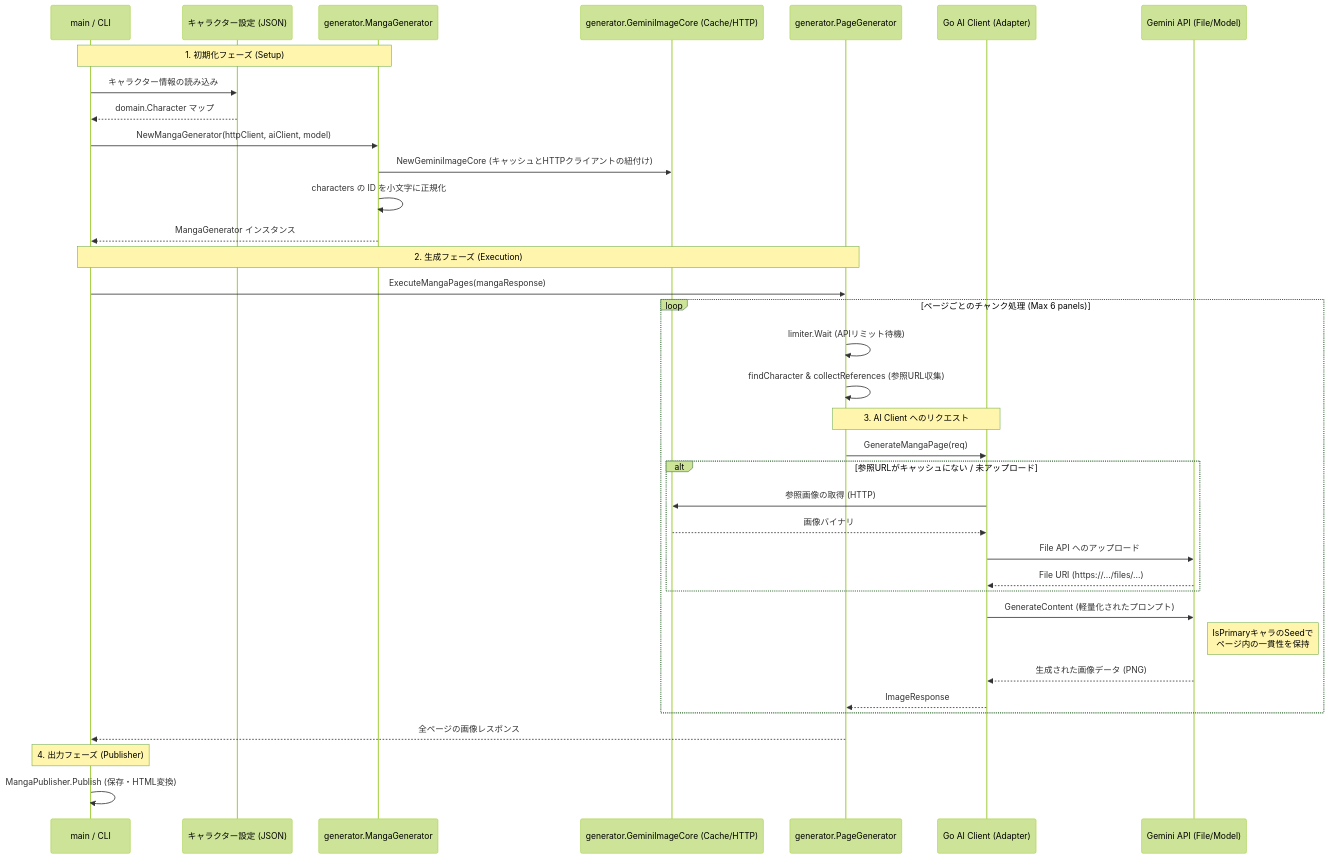
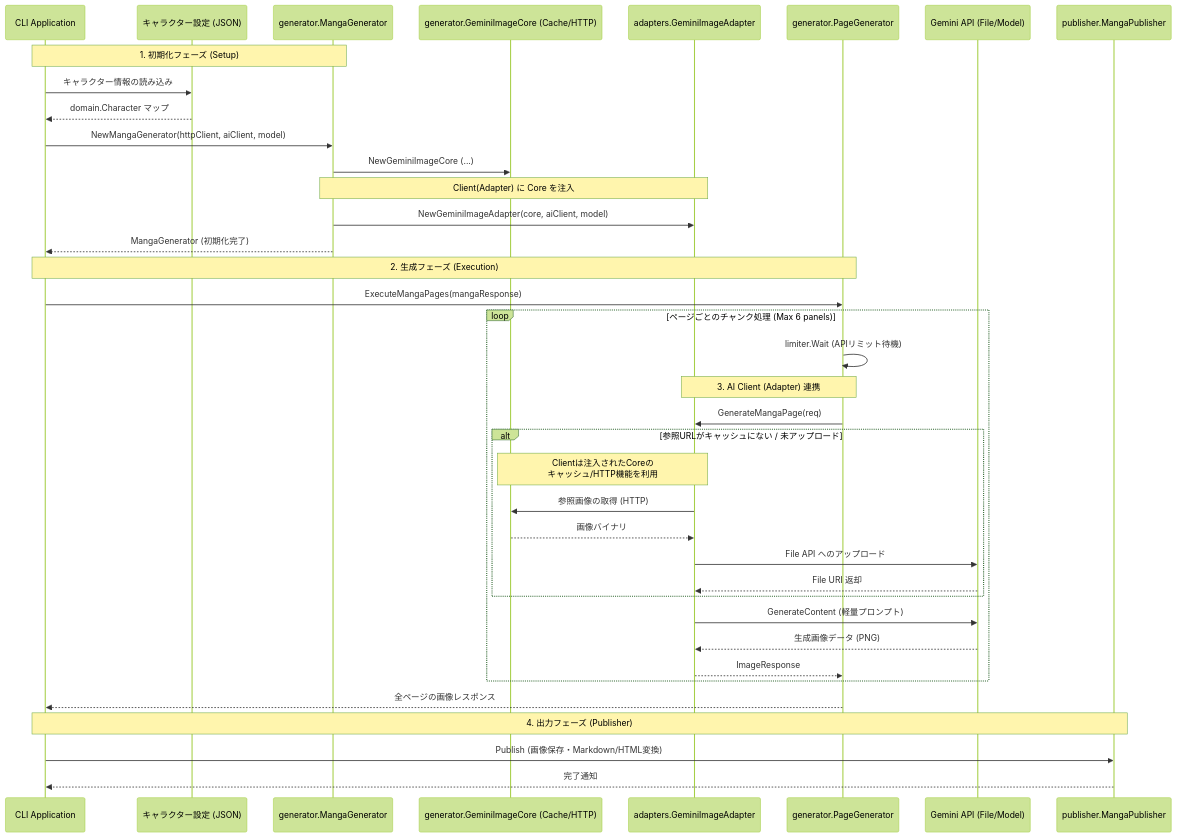
One commit to shouni/go-manga-kit changed the diagram in README.md. Above: the diagram before and after it, drawn with Mermaid (forest theme).

Commit message:
Update README sequence diagram to reflect refined class structure, initialization, and publishing flow

````diff
--- a/README.md
+++ b/README.md
@@ -51,47 +51,50 @@
 ```mermaid
 sequenceDiagram
-    participant App as main / CLI
+    participant CLI as CLI Application
     participant Config as キャラクター設定 (JSON)
     participant Gen as generator.MangaGenerator
     participant Core as generator.GeminiImageCore (Cache/HTTP)
+    participant Client as adapters.GeminiImageAdapter
     participant PageGen as generator.PageGenerator
-    participant Client as Go AI Client (Adapter)
     participant API as Gemini API (File/Model)
+    participant Pub as publisher.MangaPublisher
 
-    Note over App, Gen: 1. 初期化フェーズ (Setup)
-    App->>Config: キャラクター情報の読み込み
-    Config-->>App: domain.Character マップ
+    Note over CLI, Gen: 1. 初期化フェーズ (Setup)
+    CLI->>Config: キャラクター情報の読み込み
+    Config-->>CLI: domain.Character マップ
     
-    App->>Gen: NewMangaGenerator(httpClient, aiClient, model)
-    Gen->>Core: NewGeminiImageCore (キャッシュとHTTPクライアントの紐付け)
-    Gen->>Gen: characters の ID を小文字に正規化
-    Gen-->>App: MangaGenerator インスタンス
+    CLI->>Gen: NewMangaGenerator(httpClient, aiClient, model)
+    Gen->>Core: NewGeminiImageCore (...)
+    Note over Gen, Client: Client(Adapter) に Core を注入
+    Gen->>Client: NewGeminiImageAdapter(core, aiClient, model)
+    Gen-->>CLI: MangaGenerator (初期化完了)
 
-    Note over App, PageGen: 2. 生成フェーズ (Execution)
-    App->>PageGen: ExecuteMangaPages(mangaResponse)
+    Note over CLI, PageGen: 2. 生成フェーズ (Execution)
+    CLI->>PageGen: ExecuteMangaPages(mangaResponse)
     
     loop ページごとのチャンク処理 (Max 6 panels)
         PageGen->>PageGen: limiter.Wait (APIリミット待機)
-        PageGen->>PageGen: findCharacter & collectReferences (参照URL収集)
         
-        Note over PageGen, Client: 3. AI Client へのリクエスト
+        Note over PageGen, Client: 3. AI Client (Adapter) 連携
         PageGen->>Client: GenerateMangaPage(req)
 
         alt 参照URLがキャッシュにない / 未アップロード
+            Note over Client, Core: Clientは注入されたCoreの<br/>キャッシュ/HTTP機能を利用
             Client->>Core: 参照画像の取得 (HTTP)
             Core-->>Client: 画像バイナリ
             Client->>API: File API へのアップロード
-            API-->>Client: File URI (https://.../files/...)
+            API-->>Client: File URI 返却
         end
 
-        Client->>API: GenerateContent (軽量化されたプロンプト)
-        Note right of API: IsPrimaryキャラのSeedで<br/>ページ内の一貫性を保持
-        API-->>Client: 生成された画像データ (PNG)
+        Client->>API: GenerateContent (軽量プロンプト)
+        API-->>Client: 生成画像データ (PNG)
         Client-->>PageGen: ImageResponse
     end
 
-    PageGen-->>App: 全ページの画像レスポンス
-    Note over App: 4. 出力フェーズ (Publisher)
-    App->>App: MangaPublisher.Publish (保存・HTML変換)
+    PageGen-->>CLI: 全ページの画像レスポンス
+    
+    Note over CLI, Pub: 4. 出力フェーズ (Publisher)
+    CLI->>Pub: Publish (画像保存・Markdown/HTML変換)
+    Pub-->>CLI: 完了通知
 
 ```
````
